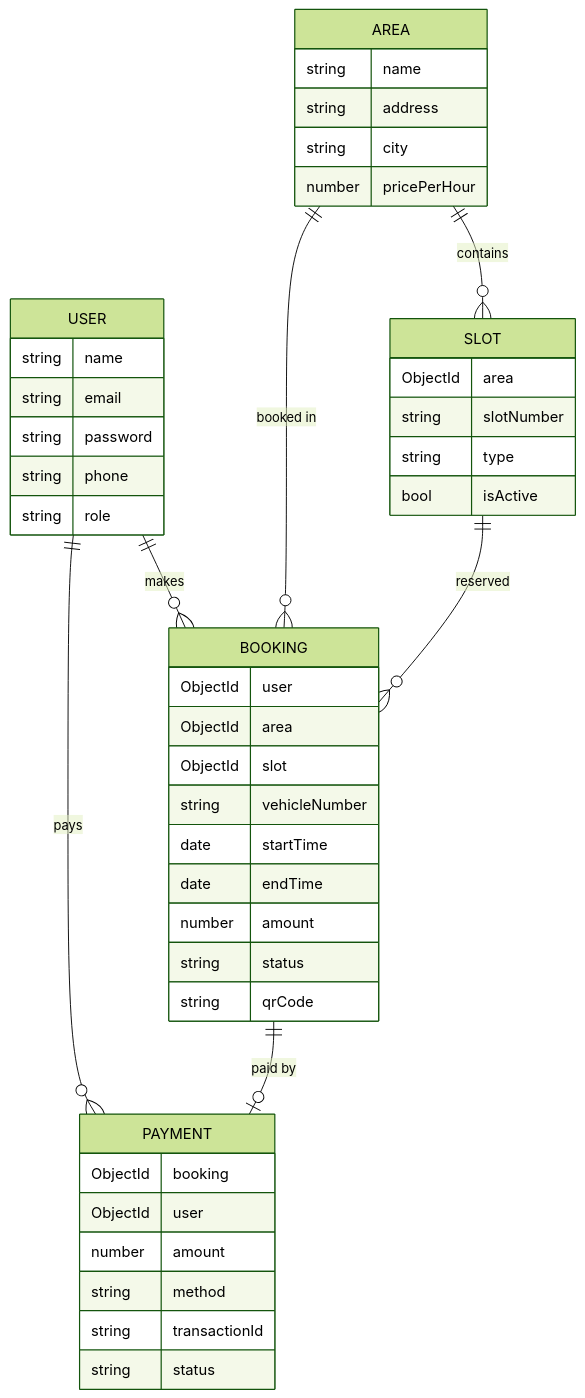
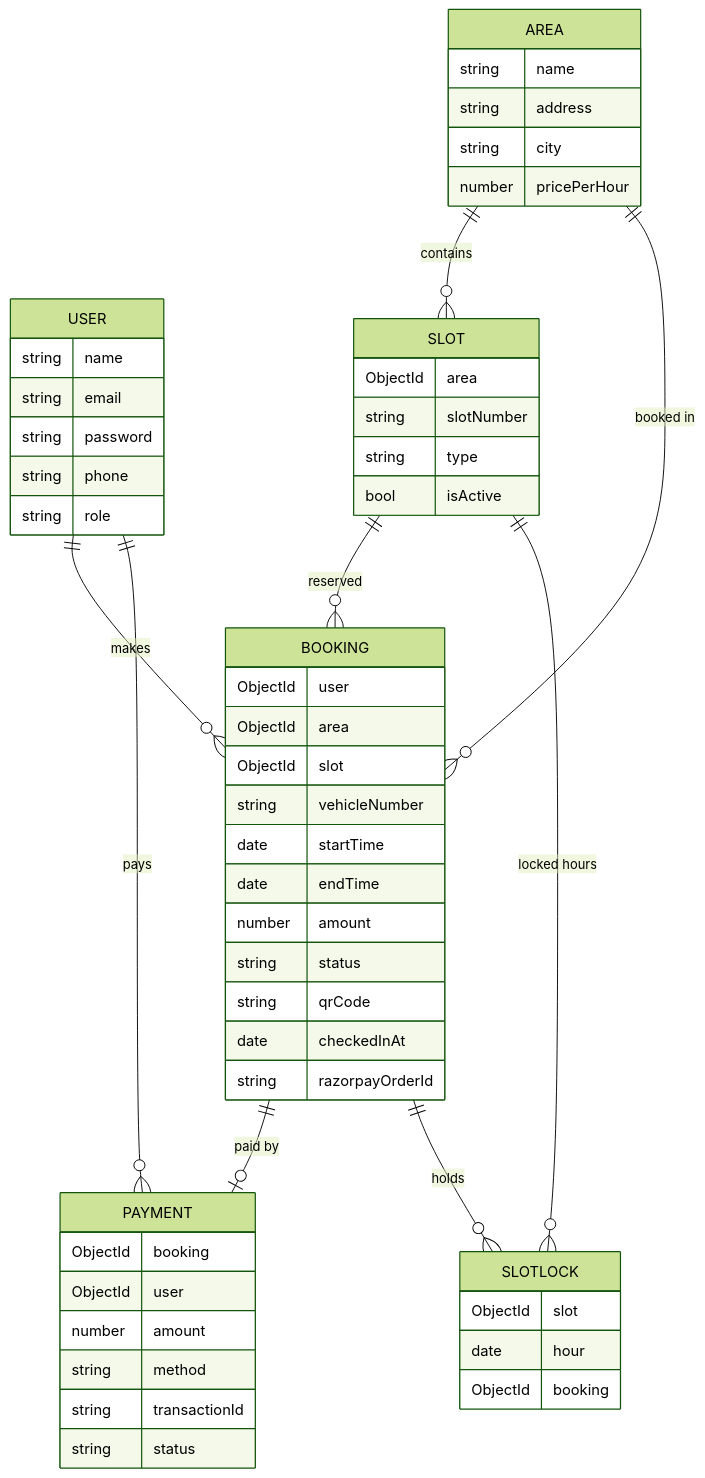
The second of 8 diagrams in parkease/README.md (krushna1845/parkease), drawn with Mermaid (forest theme) before and after one commit. The commit also changed other lines of this file, not shown here.

````diff
--- a/parkease/README.md
+++ b/parkease/README.md
@@ -41,14 +43,17 @@
 ```mermaid
 erDiagram
   USER ||--o{ BOOKING : makes
   AREA ||--o{ SLOT : contains
   AREA ||--o{ BOOKING : "booked in"
   SLOT ||--o{ BOOKING : reserved
   BOOKING ||--o| PAYMENT : "paid by"
+  BOOKING ||--o{ SLOTLOCK : holds
+  SLOT ||--o{ SLOTLOCK : "locked hours"
   USER ||--o{ PAYMENT : pays
   USER { string name string email string password string phone string role }
   AREA { string name string address string city number pricePerHour }
   SLOT { ObjectId area string slotNumber string type bool isActive }
-  BOOKING { ObjectId user ObjectId area ObjectId slot string vehicleNumber date startTime date endTime number amount string status string qrCode }
+  BOOKING { ObjectId user ObjectId area ObjectId slot string vehicleNumber date startTime date endTime number amount string status string qrCode date checkedInAt string razorpayOrderId }
+  SLOTLOCK { ObjectId slot date hour ObjectId booking }
   PAYMENT { ObjectId booking ObjectId user number amount string method string transactionId string status }
 ```
````
